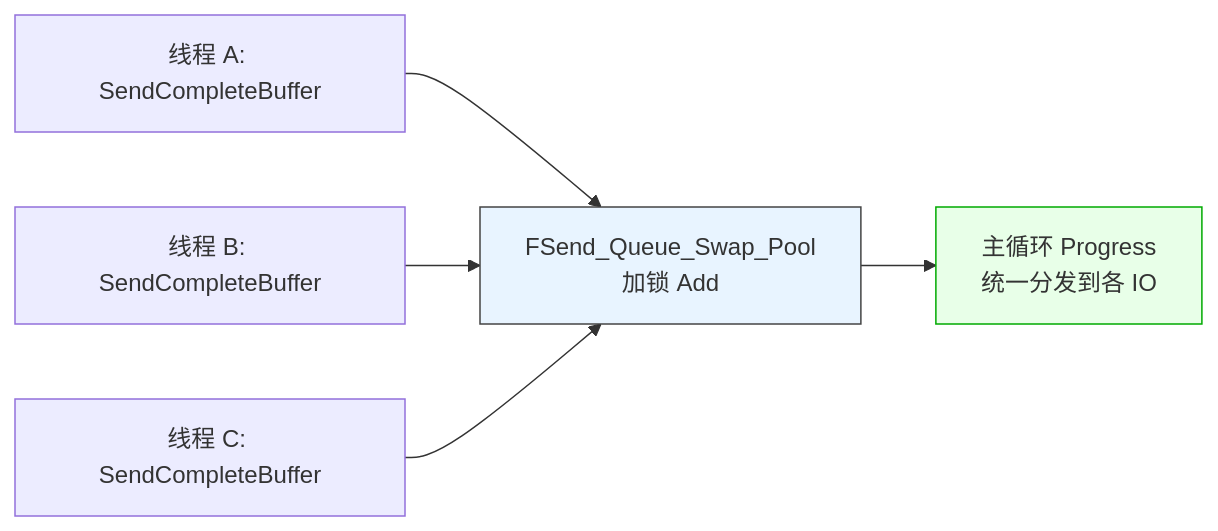
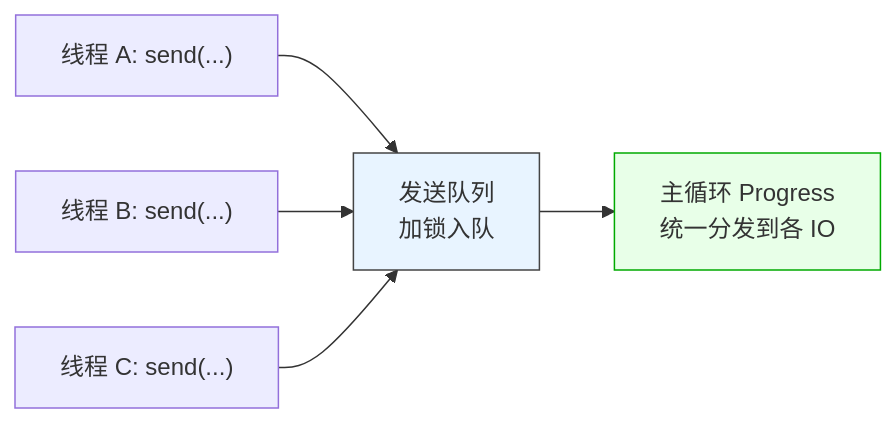
One commit to PassByYou888/LingoFuse changed the second of 4 diagrams in doc/LF_Concurrent_Send.md. Above: the diagram before and after it, drawn with Mermaid. The commit also changed other lines of this file, not shown here.

````diff
--- a/doc/LF_Concurrent_Send.md
+++ b/doc/LF_Concurrent_Send.md
@@ -33,10 +58,10 @@
 ```mermaid
 flowchart LR
-    A["线程 A: SendCompleteBuffer"] --> B["FSend_Queue_Swap_Pool<br/>加锁 Add"]
-    C["线程 B: SendCompleteBuffer"] --> B
-    D["线程 C: SendCompleteBuffer"] --> B
+    A["线程 A: send(...)"] --> B["发送队列<br/>加锁入队"]
+    C["线程 B: send(...)"] --> B
+    D["线程 C: send(...)"] --> B
     B --> E["主循环 Progress<br/>统一分发到各 IO"]
 
     style B fill:#e8f4ff,stroke:#444
     style E fill:#e8ffe8,stroke:#0a0
 ```
````
